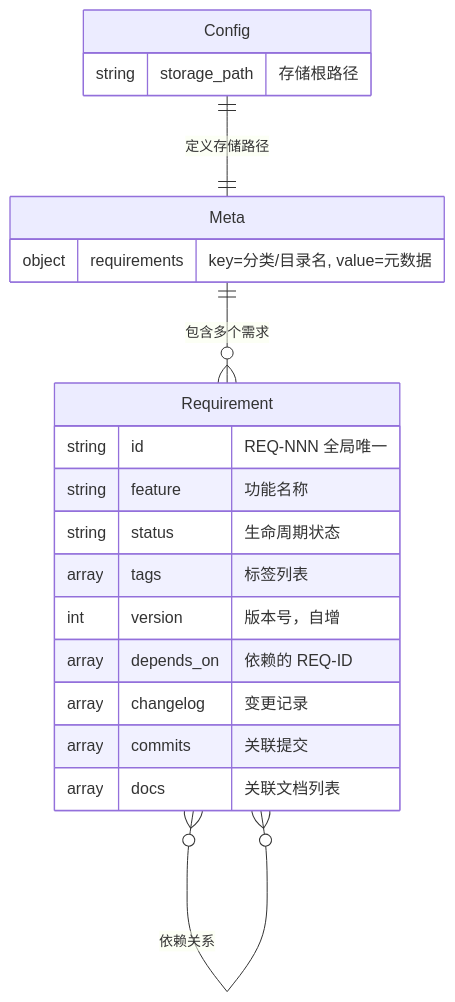
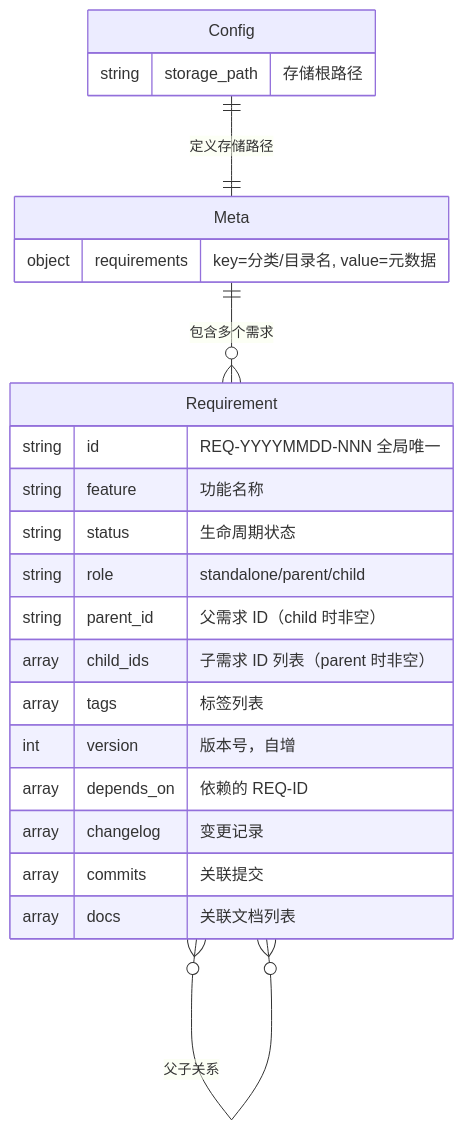
One commit to HACK-WU/skills changed the second of 6 diagrams in docs/requirement-mgr-guide.md. Above: the diagram before and after it, drawn with Mermaid. The commit also changed other lines of this file and 10 other files, not shown here.

````diff
--- a/docs/requirement-mgr-guide.md
+++ b/docs/requirement-mgr-guide.md
@@ -205,26 +244,30 @@
 ```mermaid
 erDiagram
     Config ||--|| Meta : "定义存储路径"
     Meta ||--o{ Requirement : "包含多个需求"
     Requirement }o--o{ Requirement : "依赖关系"
+    Requirement }o--o{ Requirement : "父子关系"
     
     Config {
         string storage_path "存储根路径"
     }
     
     Meta {
         object requirements "key=分类/目录名, value=元数据"
     }
     
     Requirement {
-        string id "REQ-NNN 全局唯一"
+        string id "REQ-YYYYMMDD-NNN 全局唯一"
         string feature "功能名称"
         string status "生命周期状态"
+        string role "standalone/parent/child"
+        string parent_id "父需求 ID（child 时非空）"
+        array child_ids "子需求 ID 列表（parent 时非空）"
         array tags "标签列表"
         int version "版本号，自增"
         array depends_on "依赖的 REQ-ID"
         array changelog "变更记录"
         array commits "关联提交"
         array docs "关联文档列表"
     }
 ```
````
